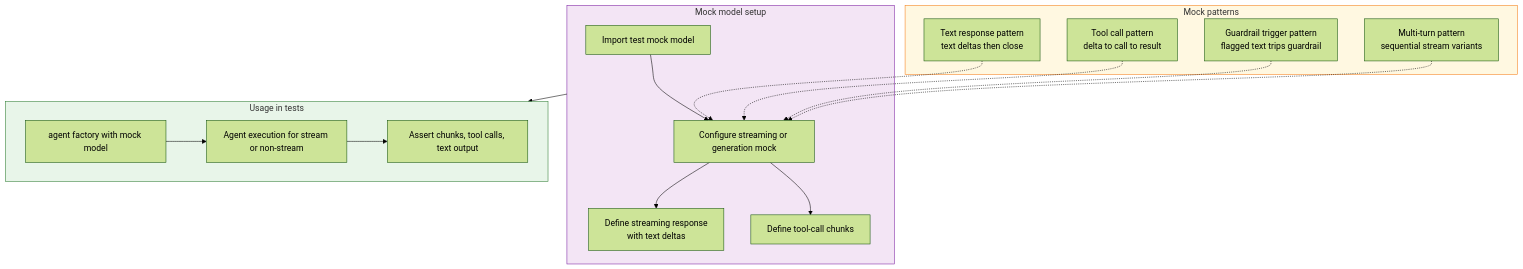
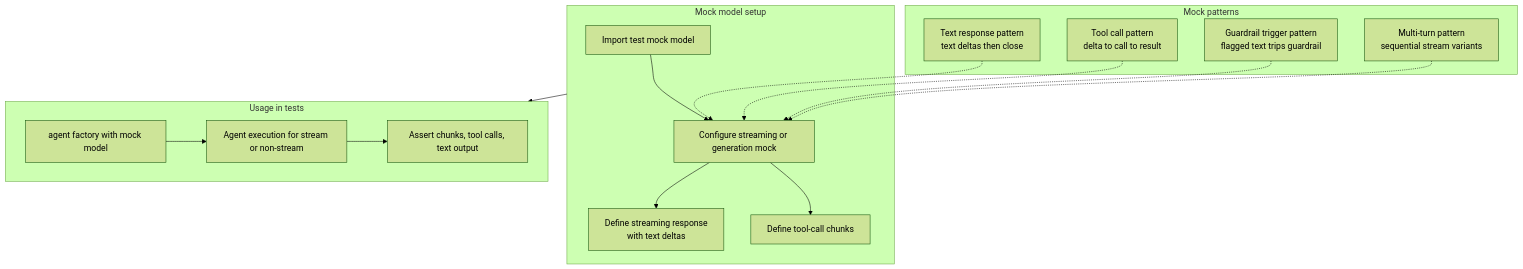
One commit to 1qh/safeagent changed the seventh of 14 diagrams in plan/testing.md. Above: the diagram before and after it, drawn with Mermaid (forest theme). The commit also changed other lines of this file and 43 other files, not shown here.

Commit message:
Phase 3 compression: strip non-semantic separators and Mermaid style metadata

````diff
--- a/plan/testing.md
+++ b/plan/testing.md
@@ -273,36 +235,33 @@
 ```mermaid
 flowchart TD
     subgraph MOCK_SETUP["Mock model setup"]
         MOCK_IMPORT["Import test mock model"]
         MOCK_CONFIGURE["Configure streaming or generation mock"]
         MOCK_STREAM_DEFINE["Define streaming response\nwith text deltas"]
         MOCK_TOOL_DEFINE["Define tool-call chunks"]
     end
 
     subgraph MOCK_USAGE["Usage in tests"]
         MOCK_AGENT_CREATE["agent factory with mock model"]
         MOCK_RUNNER_CALL["Agent execution for stream or non-stream"]
         MOCK_ASSERTIONS["Assert chunks, tool calls, text output"]
     end
 
     subgraph MOCK_PATTERNS["Mock patterns"]
         MOCK_TEXT_PATTERN["Text response pattern\ntext deltas then close"]
         MOCK_TOOL_PATTERN["Tool call pattern\ndelta to call to result"]
         MOCK_GUARD_PATTERN["Guardrail trigger pattern\nflagged text trips guardrail"]
         MOCK_MULTI_TURN_PATTERN["Multi-turn pattern\nsequential stream variants"]
     end
 
     MOCK_IMPORT --> MOCK_CONFIGURE --> MOCK_STREAM_DEFINE
     MOCK_CONFIGURE --> MOCK_TOOL_DEFINE
     MOCK_AGENT_CREATE --> MOCK_RUNNER_CALL --> MOCK_ASSERTIONS
     MOCK_SETUP --> MOCK_USAGE
 
     MOCK_TEXT_PATTERN -.-> MOCK_CONFIGURE
     MOCK_TOOL_PATTERN -.-> MOCK_CONFIGURE
     MOCK_GUARD_PATTERN -.-> MOCK_CONFIGURE
     MOCK_MULTI_TURN_PATTERN -.-> MOCK_CONFIGURE
 
-    style MOCK_SETUP fill:#f3e5f5,stroke:#7b1fa2
-    style MOCK_USAGE fill:#e8f5e9,stroke:#2e7d32
-    style MOCK_PATTERNS fill:#fff8e1,stroke:#f57f17
 ```
````
